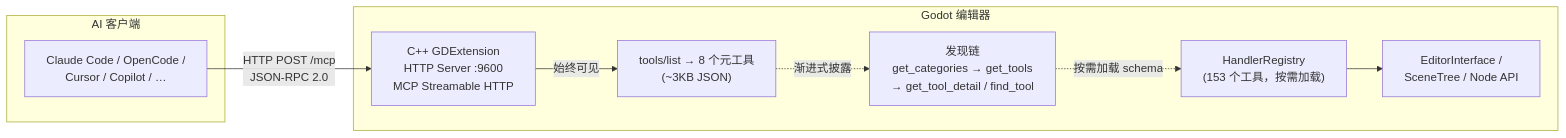
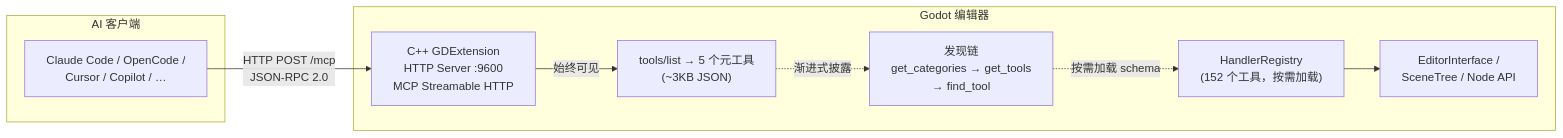
Before and after one commit to jesspig/GodotMCP-GDExtension: the diagram in README-zh.md, drawn with Mermaid. The commit also changed other lines of this file and 2 other files, not shown here.

````diff
--- a/README-zh.md
+++ b/README-zh.md
@@ -13,20 +13,20 @@
 ```mermaid
 graph LR
     subgraph AI["AI 客户端"]
         Client["Claude Code / OpenCode /<br/>Cursor / Copilot / …"]
     end
 
     subgraph GodotProc["Godot 编辑器"]
         HTTP["C++ GDExtension<br/>HTTP Server :9600<br/>MCP Streamable HTTP"]
-        Meta["tools/list → 8 个元工具<br/>(~3KB JSON)"]
-        Discover["发现链<br/>get_categories → get_tools<br/>→ get_tool_detail / find_tool"]
-        Registry["HandlerRegistry<br/>(153 个工具，按需加载)"]
+        Meta["tools/list → 5 个元工具<br/>(~3KB JSON)"]
+        Discover["发现链<br/>get_categories → get_tools<br/>→ find_tool"]
+        Registry["HandlerRegistry<br/>(152 个工具，按需加载)"]
         Editor["EditorInterface /<br/>SceneTree / Node API"]
     end
 
     Client -->|HTTP POST /mcp<br/>JSON-RPC 2.0| HTTP
     HTTP -->|始终可见| Meta
     Meta -.->|渐进式披露| Discover
     Discover -.->|按需加载 schema| Registry
     Registry --> Editor
 ```
````
